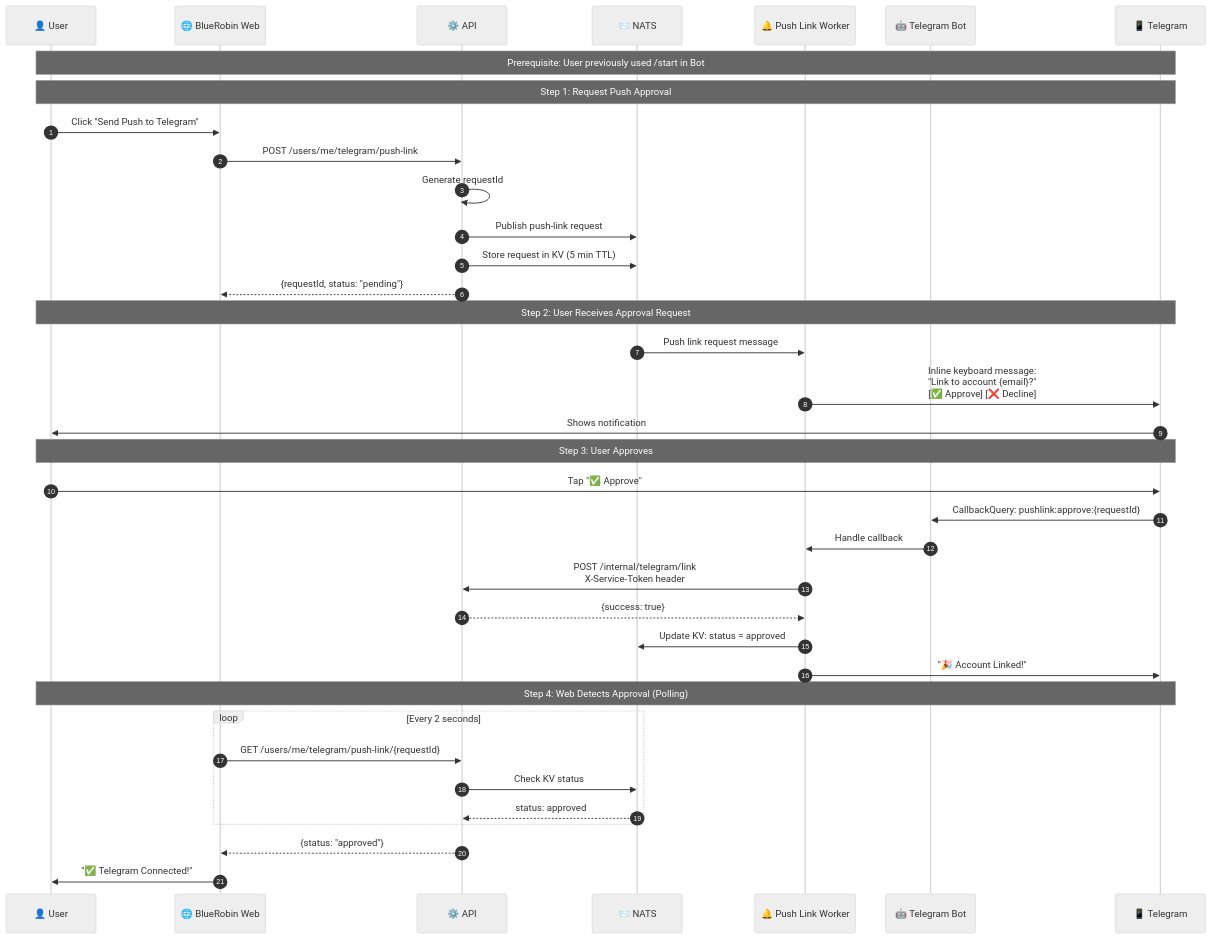
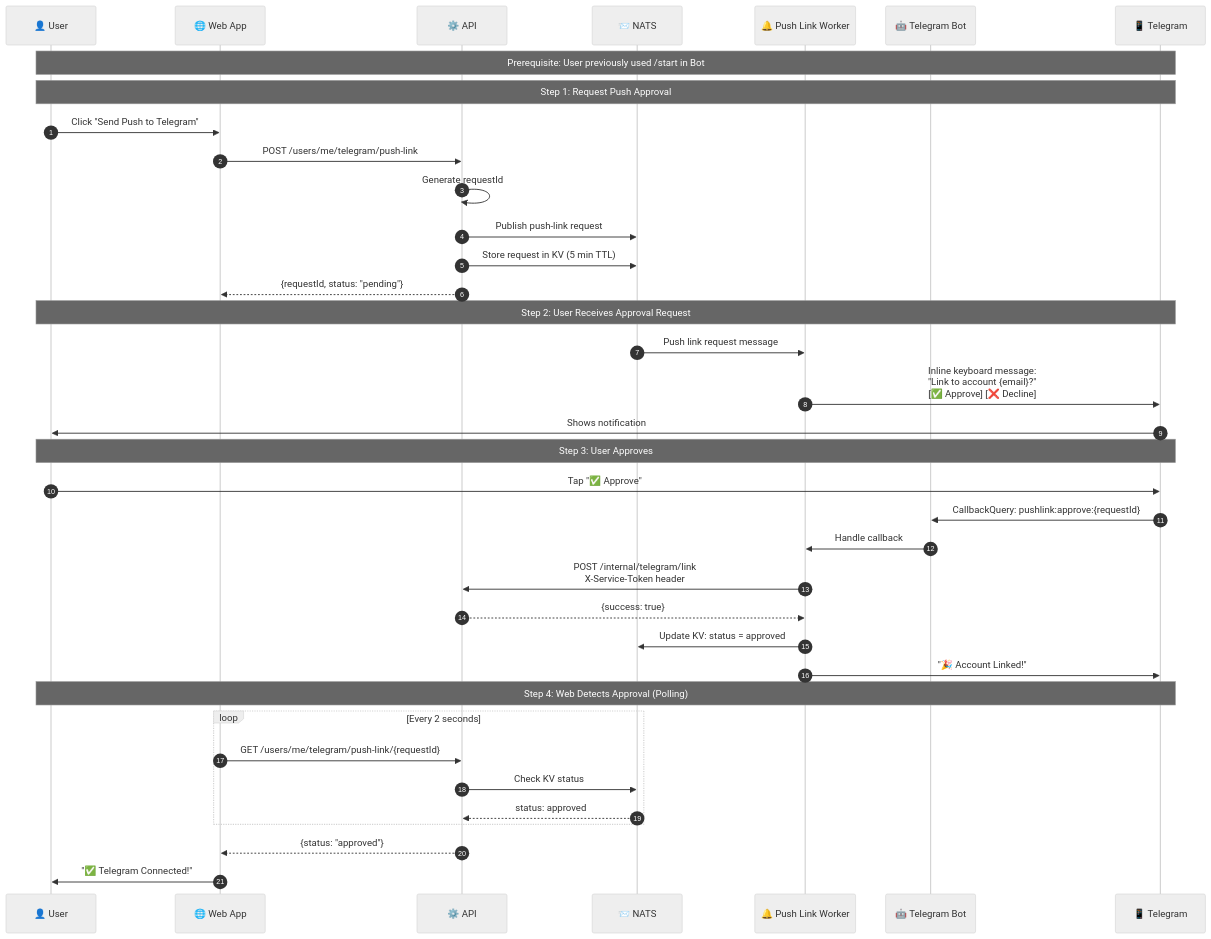
One commit to viktorrobin/bluerobin-blog changed the third of 8 diagrams in src/content/blog/telegram-integration-architecture-diagrams.mdx. Above: the diagram before and after it, drawn with Mermaid (neutral theme). The commit also changed other lines of this file and 111 other files, not shown here.

````diff
--- a/src/content/blog/telegram-integration-architecture-diagrams.mdx
+++ b/src/content/blog/telegram-integration-architecture-diagrams.mdx
@@ -150,44 +151,44 @@
 ```mermaid
 sequenceDiagram
     autonumber
     participant U as 👤 User
-    participant Web as 🌐 BlueRobin Web
+    participant Web as 🌐 Web App
     participant API as ⚙️ API
     participant NATS as 📨 NATS
     participant PLW as 🔔 Push Link Worker
     participant Bot as 🤖 Telegram Bot
     participant TG as 📱 Telegram
     
     Note over U,TG: Prerequisite: User previously used /start in Bot
     
     Note over U,TG: Step 1: Request Push Approval
     U->>Web: Click "Send Push to Telegram"
     Web->>API: POST /users/me/telegram/push-link
     API->>API: Generate requestId
     API->>NATS: Publish push-link request
     API->>NATS: Store request in KV (5 min TTL)
     API-->>Web: {requestId, status: "pending"}
     
     Note over U,TG: Step 2: User Receives Approval Request
     NATS->>PLW: Push link request message
     PLW->>TG: Inline keyboard message:<br/>"Link to account {email}?"<br/>[✅ Approve] [❌ Decline]
     TG->>U: Shows notification
     
     Note over U,TG: Step 3: User Approves
     U->>TG: Tap "✅ Approve"
     TG->>Bot: CallbackQuery: pushlink:approve:{requestId}
     Bot->>PLW: Handle callback
     PLW->>API: POST /internal/telegram/link<br/>X-Service-Token header
     API-->>PLW: {success: true}
     PLW->>NATS: Update KV: status = approved
     PLW->>TG: "🎉 Account Linked!"
     
     Note over U,TG: Step 4: Web Detects Approval (Polling)
     loop Every 2 seconds
         Web->>API: GET /users/me/telegram/push-link/{requestId}
         API->>NATS: Check KV status
         NATS-->>API: status: approved
     end
     API-->>Web: {status: "approved"}
     Web->>U: "✅ Telegram Connected!"
 ```
````
